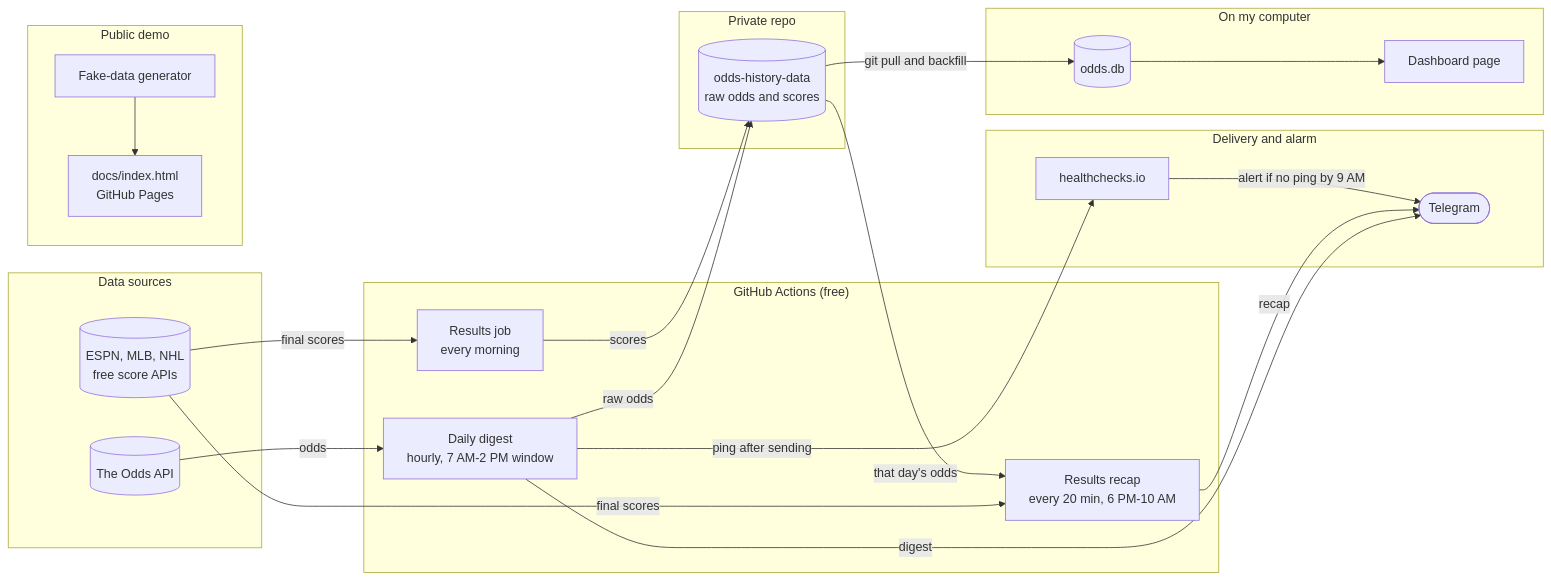
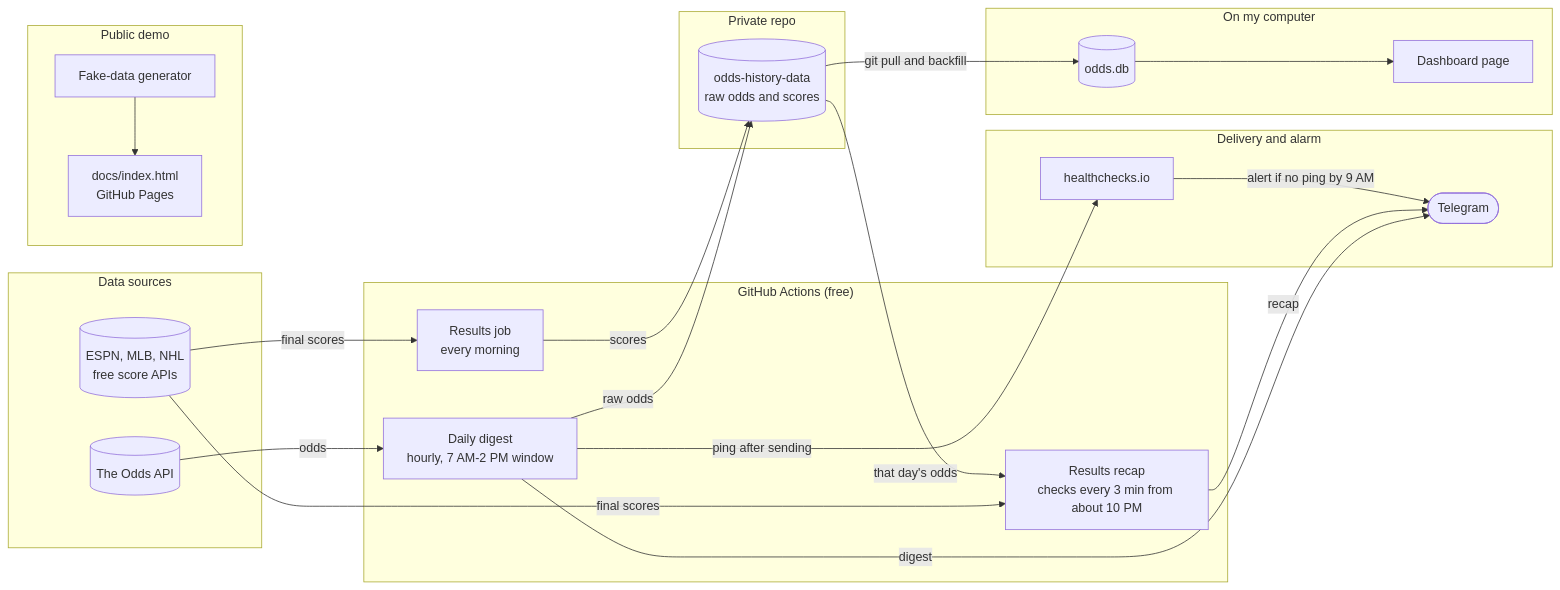
Before and after one commit to Vic-Analytics/odds-bot: the diagram in README.md, drawn with Mermaid. The commit also changed other lines of this file and 7 other files, not shown here.

First line of the commit message:
Recap: stay alive and check every 3 minutes (smart start), plus a recap alarm (#8)

````diff
--- a/README.md
+++ b/README.md
@@ -87,42 +87,42 @@
 ```mermaid
 flowchart LR
     subgraph sources["Data sources"]
         oddsapi[("The Odds API")]
         scoresapi[("ESPN, MLB, NHL<br/>free score APIs")]
     end
 
     subgraph cloud["GitHub Actions (free)"]
         digest["Daily digest<br/>hourly, 7 AM-2 PM window"]
         results["Results job<br/>every morning"]
-        recap["Results recap<br/>every 20 min, 6 PM-10 AM"]
+        recap["Results recap<br/>checks every 3 min from about 10 PM"]
     end
 
     subgraph store["Private repo"]
         data[("odds-history-data<br/>raw odds and scores")]
     end
 
     subgraph out["Delivery and alarm"]
         telegram(["Telegram"])
         hc["healthchecks.io"]
     end
 
     subgraph mine["On my computer"]
         db[("odds.db")] --> dashboard["Dashboard page"]
     end
 
     subgraph demo["Public demo"]
         gen["Fake-data generator"] --> demopage["docs/index.html<br/>GitHub Pages"]
     end
 
     oddsapi -->|odds| digest
     scoresapi -->|final scores| results
     scoresapi -->|final scores| recap
     digest -->|raw odds| data
     results -->|scores| data
     data -->|that day's odds| recap
     digest -->|digest| telegram
     recap -->|recap| telegram
     digest -->|ping after sending| hc
     hc -->|alert if no ping by 9 AM| telegram
     data -->|git pull and backfill| db
 ```
````
